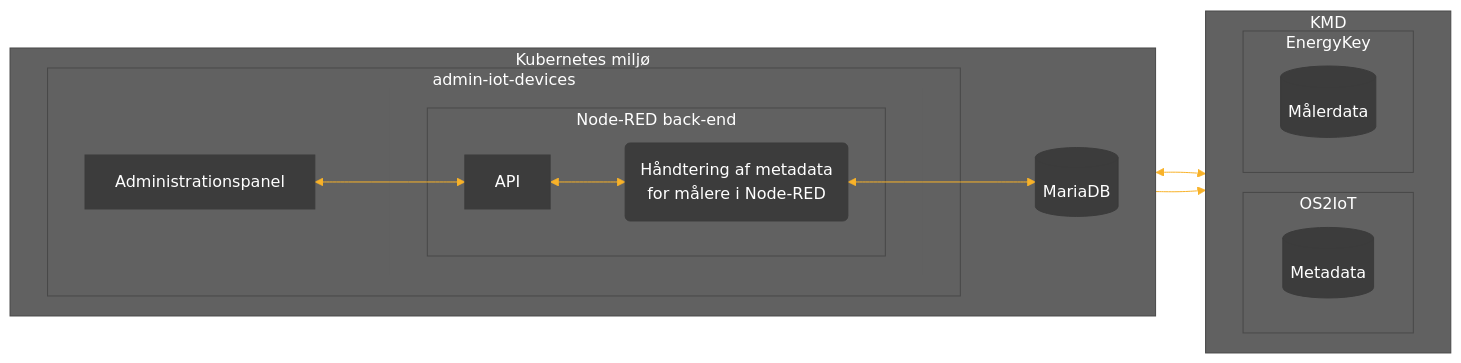
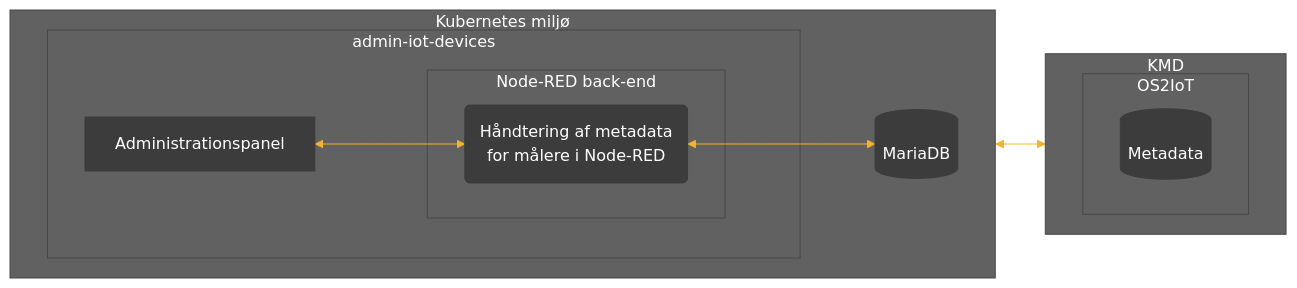
Before and after one commit to Randers-Kommune-Digitalisering/admin-iot-devices: the diagram in README.md, drawn with Mermaid. The commit also changed other lines of this file, not shown here.

````diff
--- a/README.md
+++ b/README.md
@@ -13,60 +13,45 @@
 ```mermaid
 %%{
   init: {
     'theme': 'base',
     'themeVariables': {
       'primaryColor': '#3c3c3c',
       'primaryTextColor': '#fff',
       'primaryBorderColor': '#3c3c3c',
       'lineColor': '#F8B229',
       'secondaryColor': '#616161',
       'tertiaryColor': '#616161',
       'tertiaryTextColor': '#fff'
     }
   }
 }%%
 
 %% Upload af data %%
 flowchart LR
-
 	subgraph G1["Kubernetes miljø"]
-	    
         direction LR
 	    subgraph SG2["admin-iot-devices"]
-	
 	    A["Administrationspanel"] 
-	    
 	        subgraph SG20 [ ]
 	            style SG20 stroke-dasharray: 0 1  
 	            subgraph SG21["Node-RED back-end"]
-
-                    M0["API"]
 	            
 	                M1("
 	                Håndtering af metadata
 	                for målere i Node-RED
 	                ")
 	            end
 	        end
 	    end
-	            
         M2[(MariaDB)]
 	end
-
 	subgraph G2["KMD"]
         direction LR
 	    subgraph SG3["OS2IoT"]
 	        C[("Metadata")] 
 	    end
-	    
-	    subgraph SG4["EnergyKey"]
-	        D[("Målerdata")] 
-	    end
     end
-    
-    A<-->M0
-    M0<-->M1
+    A<-->M1
     M1<-->M2
 	M1<-->C
-	M1-->D
 ```
````
